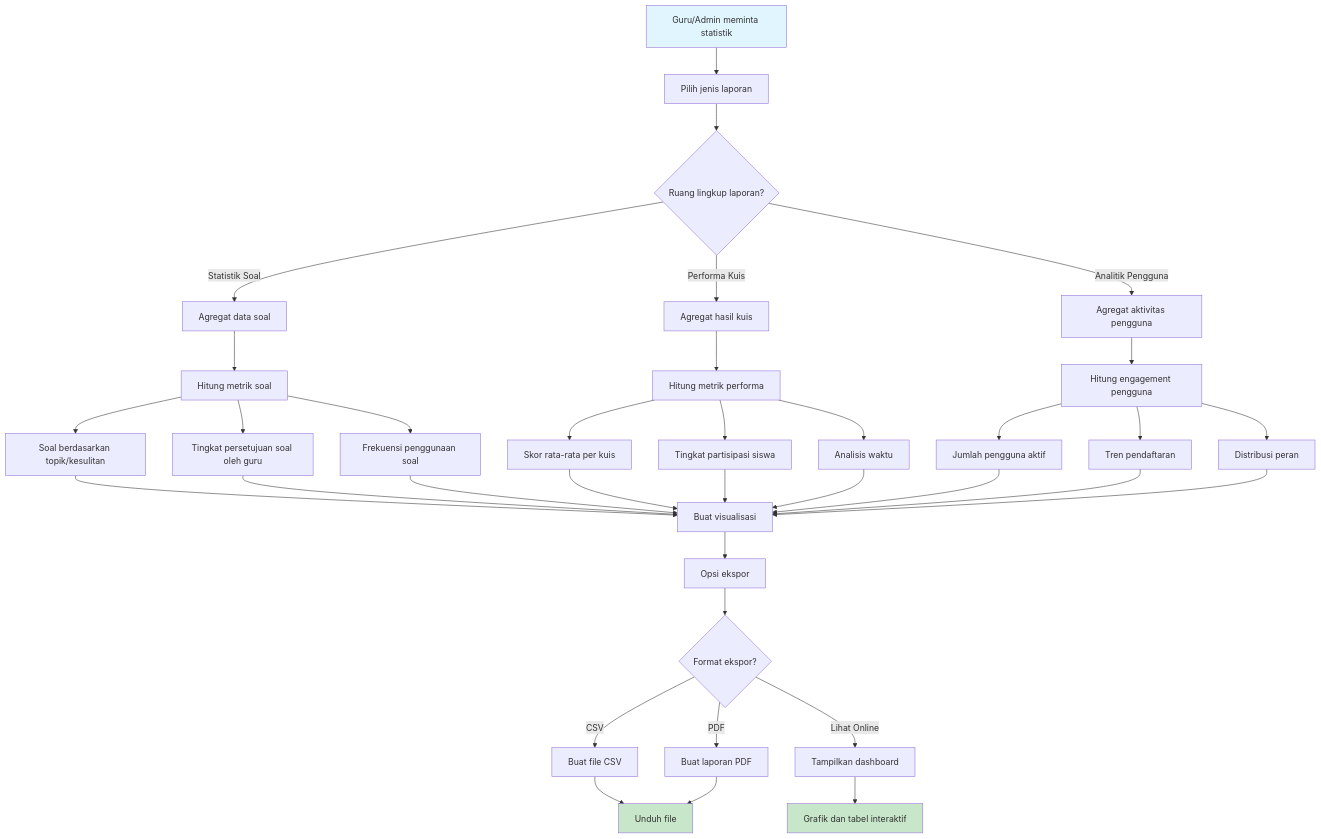
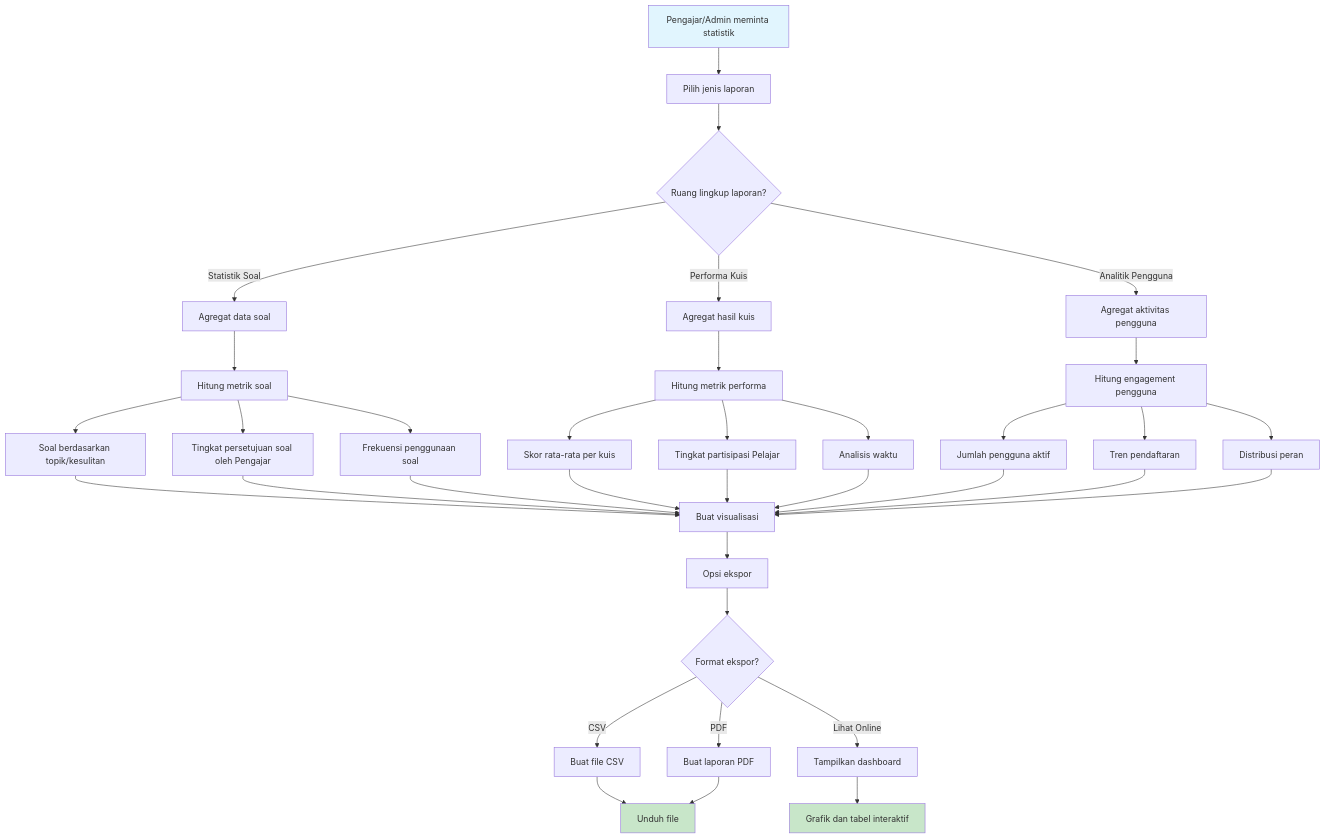
Before and after one commit to jonito2005/exam-expert-ai-docs: the sixth of 6 diagrams in activity-diagrams.md, drawn with Mermaid. The commit also changed other lines of this file and 4 other files, not shown here.

````diff
--- a/activity-diagrams.md
+++ b/activity-diagrams.md
@@ -195,50 +195,50 @@
 ```mermaid
 flowchart TD
-    A[Guru/Admin meminta statistik] --> B[Pilih jenis laporan]
+    A[Pengajar/Admin meminta statistik] --> B[Pilih jenis laporan]
     B --> C{Ruang lingkup laporan?}
     
     C -->|Statistik Soal| D[Agregat data soal]
     C -->|Performa Kuis| E[Agregat hasil kuis]
     C -->|Analitik Pengguna| F[Agregat aktivitas pengguna]
     
     D --> G[Hitung metrik soal]
     E --> H[Hitung metrik performa]
     F --> I[Hitung engagement pengguna]
     
     G --> J[Soal berdasarkan topik/kesulitan]
-    G --> K[Tingkat persetujuan soal oleh guru]
+    G --> K[Tingkat persetujuan soal oleh Pengajar]
     G --> L[Frekuensi penggunaan soal]
     
     H --> M[Skor rata-rata per kuis]
-    H --> N[Tingkat partisipasi siswa]
+    H --> N[Tingkat partisipasi Pelajar]
     H --> O[Analisis waktu]
     
     I --> P[Jumlah pengguna aktif]
     I --> Q[Tren pendaftaran]
     I --> R[Distribusi peran]
     
     J --> S[Buat visualisasi]
     K --> S
     L --> S
     M --> S
     N --> S
     O --> S
     P --> S
     Q --> S
     R --> S
     
     S --> T[Opsi ekspor]
     T --> U{Format ekspor?}
     
     U -->|CSV| V[Buat file CSV]
     U -->|PDF| W[Buat laporan PDF]
     U -->|Lihat Online| X[Tampilkan dashboard]
     
     V --> Y[Unduh file]
     W --> Y
     X --> Z[Grafik dan tabel interaktif]
     
     style A fill:#e1f5fe
     style Y fill:#c8e6c9
     style Z fill:#c8e6c9
 ```
````
